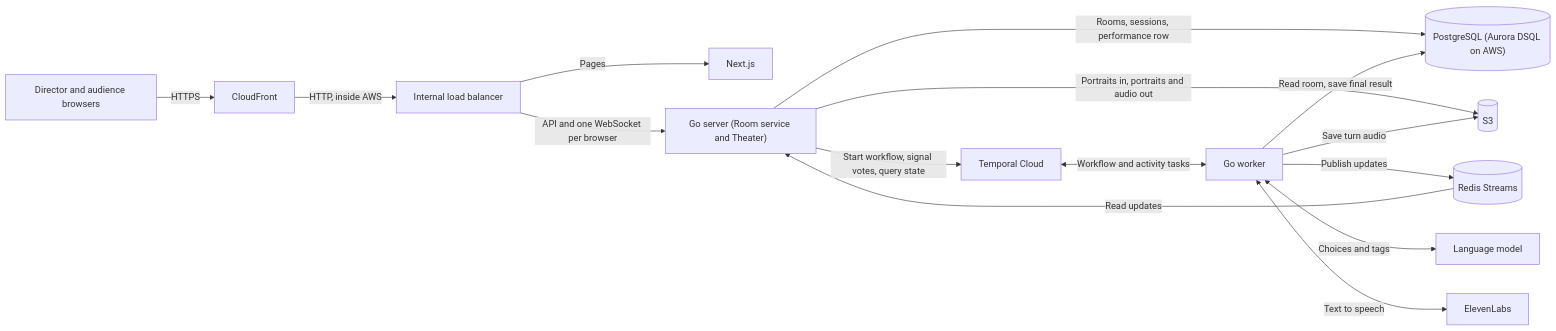
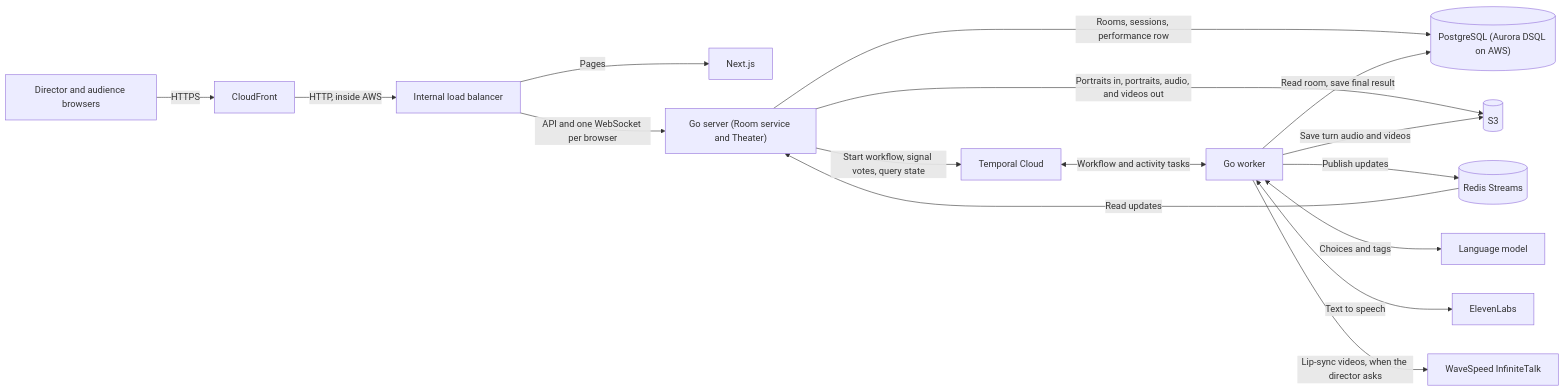
One commit to conghan-tay/MonsterTheatre_01 changed the first of 3 diagrams in docs/system-design.md. Above: the diagram before and after it, drawn with Mermaid. The commit also changed other lines of this file and 54 other files, not shown here.

First line of the commit message:
Lip sync with WaveSpeed InfiniteTalk, asked for at Start (#21)

````diff
--- a/docs/system-design.md
+++ b/docs/system-design.md
@@ -60,17 +61,18 @@
 ```mermaid
 flowchart LR
     Browser[Director and audience browsers] -->|HTTPS| CDN[CloudFront]
     CDN -->|HTTP, inside AWS| ALB[Internal load balancer]
     ALB -->|Pages| Web[Next.js]
     ALB -->|API and one WebSocket per browser| Server["Go server (Room service and Theater)"]
     Server -->|Rooms, sessions, performance row| DB[("PostgreSQL (Aurora DSQL on AWS)")]
-    Server -->|Portraits in, portraits and audio out| S3[(S3)]
+    Server -->|Portraits in, portraits, audio, and videos out| S3[(S3)]
     Server -->|Start workflow, signal votes, query state| Temporal[Temporal Cloud]
     Temporal <-->|Workflow and activity tasks| Worker[Go worker]
     Worker -->|Publish updates| Redis[(Redis Streams)]
     Redis -->|Read updates| Server
     Worker -->|Read room, save final result| DB
-    Worker -->|Save turn audio| S3
+    Worker -->|Save turn audio and videos| S3
     Worker <-->|Choices and tags| LLM[Language model]
     Worker <-->|Text to speech| TTS[ElevenLabs]
+    Worker -->|Lip-sync videos, when the director asks| WaveSpeed[WaveSpeed InfiniteTalk]
 ```
````
